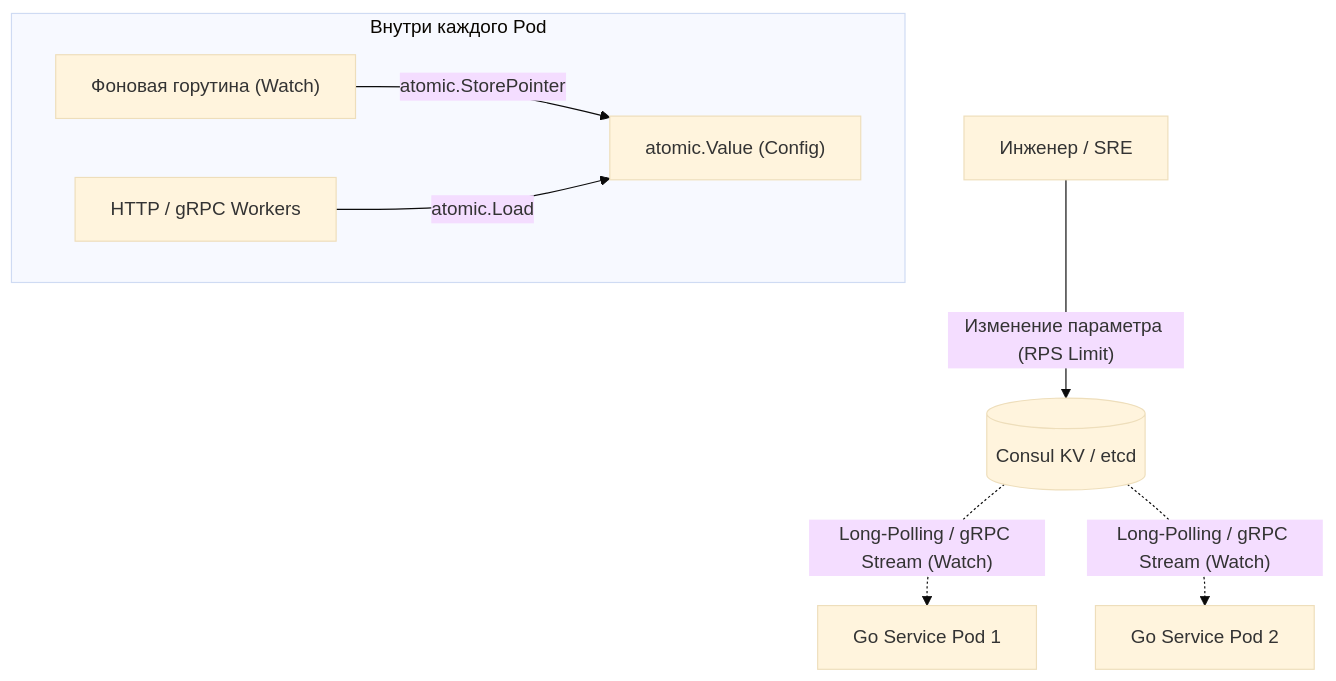
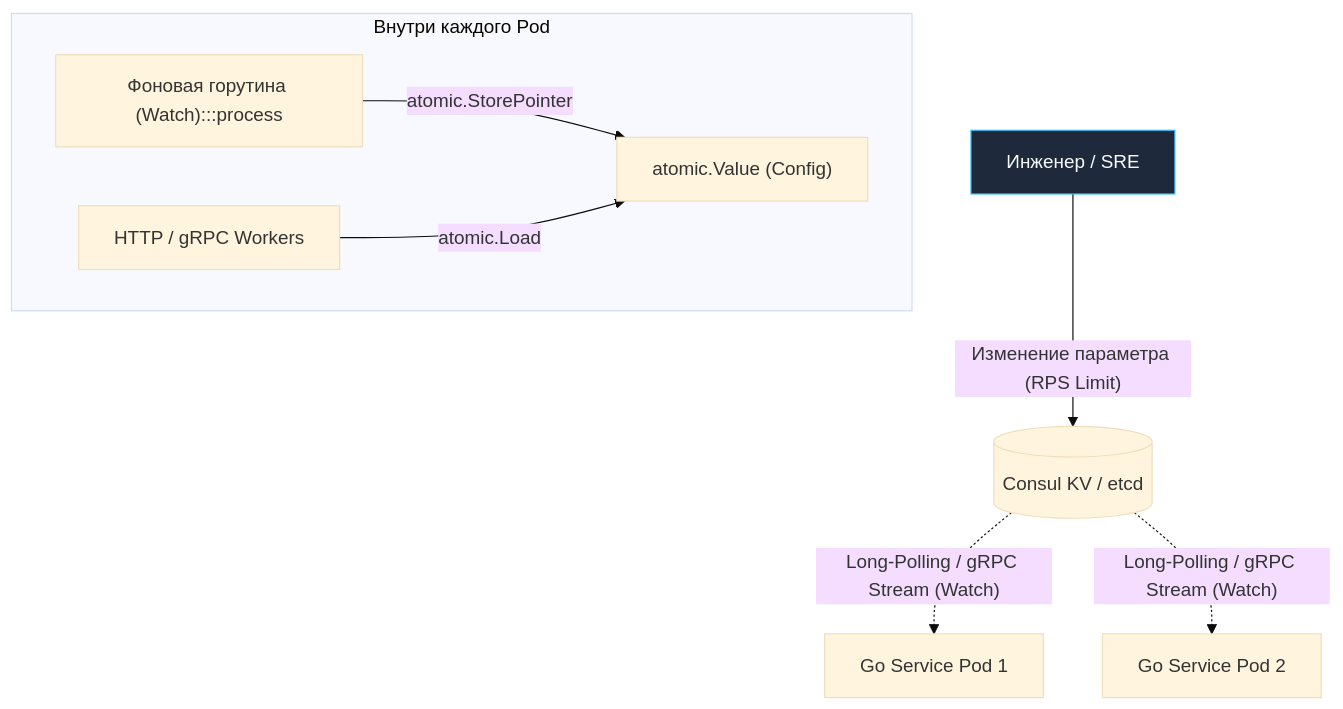
One commit to UnrealTemplier/go-textbook changed the second of 2 diagrams in sources/14. Распределенные системы на Go/04. Микросервисы/9. Configuration management.md. Above: the diagram before and after it, drawn with Mermaid (base theme). The commit also changed other lines of this file and 1666 other files, not shown here.

First line of the commit message:
feat(mermaid): add semantic color classDef to 1369 colorless flowchart/graph diagrams

````diff
--- a/sources/14. Распределенные системы на Go/04. Микросервисы/9. Configuration management.md
+++ b/sources/14. Распределенные системы на Go/04. Микросервисы/9. Configuration management.md
@@ -36,11 +46,21 @@
 ```mermaid
 flowchart TD
-    Admin["Инженер / SRE"] -->|"Изменение параметра (RPS Limit)"| Consul[("Consul KV / etcd")]
+    classDef process  fill:#1e293b,stroke:#38bdf8,stroke-width:1px,color:#f8fafc
+    classDef success  fill:#064e3b,stroke:#34d399,stroke-width:1px,color:#f8fafc
+    classDef error    fill:#7f1d1d,stroke:#f87171,stroke-width:1px,color:#f8fafc
+    classDef warning  fill:#78350f,stroke:#fbbf24,stroke-width:1px,color:#f8fafc
+    classDef entry    fill:#1e3a5f,stroke:#38bdf8,stroke-width:2px,color:#f8fafc
+    classDef aux      fill:#334155,stroke:#64748b,stroke-width:1px,color:#f8fafc
+    classDef system   fill:#312e81,stroke:#a78bfa,stroke-width:1px,color:#f8fafc
+    classDef data     fill:#132d29,stroke:#2dd4bf,stroke-width:1px,color:#f8fafc
+    classDef network  fill:#881337,stroke:#fb7185,stroke-width:1px,color:#f8fafc
+    classDef accent   fill:#1e1b4b,stroke:#818cf8,stroke-width:1px,color:#f8fafc
+    Admin["Инженер / SRE"]:::process -->|"Изменение параметра (RPS Limit)"| Consul[("Consul KV / etcd")]
     Consul -.->|"Long-Polling / gRPC Stream (Watch)"| Pod1["Go Service Pod 1"]
     Consul -.->|"Long-Polling / gRPC Stream (Watch)"| Pod2["Go Service Pod 2"]
     
     subgraph PodInternals["Внутри каждого Pod"]
-        Watcher["Фоновая горутина (Watch)"] -->|"atomic.StorePointer"| ConfigHolder["atomic.Value (Config)"]
+        Watcher["Фоновая горутина (Watch):::process"] -->|"atomic.StorePointer"| ConfigHolder["atomic.Value (Config)"]
         Handlers["HTTP / gRPC Workers"] -->|"atomic.Load"| ConfigHolder
     end
 ```
````
